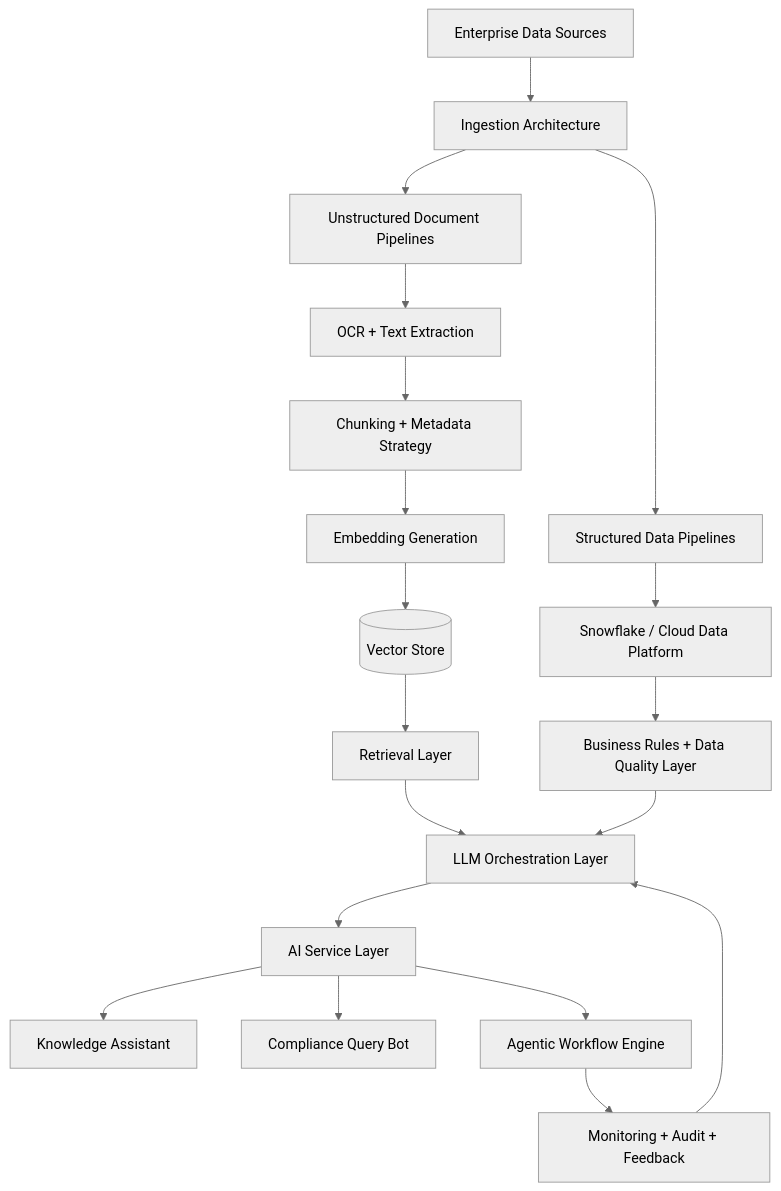
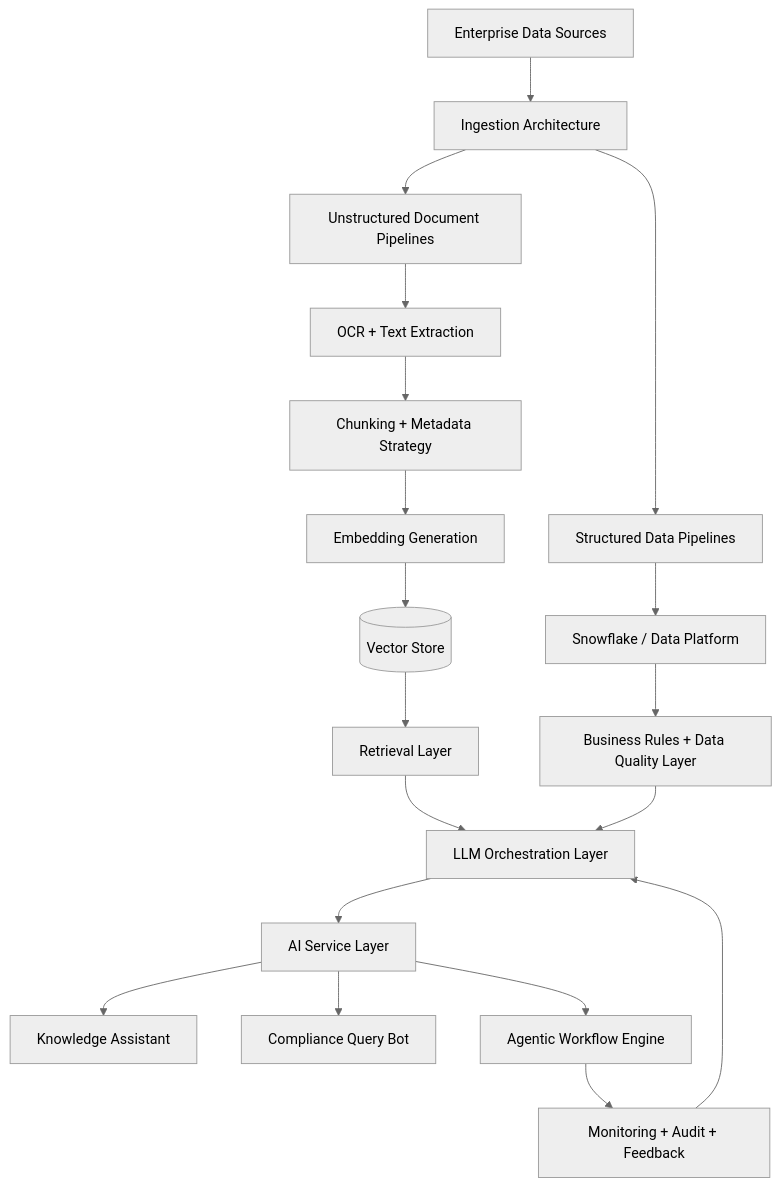
One commit to dhanumjayasaggurthi/dhanumjayasaggurthi changed the first of 4 diagrams in README.md. Above: the diagram before and after it, drawn with Mermaid (neutral theme). The commit also changed other lines of this file, not shown here.

Commit message:
Update README with new profile and architecture details

````diff
--- a/README.md
+++ b/README.md
@@ -78,29 +87,29 @@
 ```mermaid
 flowchart TD
     A[Enterprise Data Sources] --> B[Ingestion Architecture]
 
     B --> C1[Structured Data Pipelines]
     B --> C2[Unstructured Document Pipelines]
 
-    C1 --> D1[Snowflake / Cloud Data Platform]
+    C1 --> D1[Snowflake / Data Platform]
     C2 --> D2[OCR + Text Extraction]
 
     D2 --> E[Chunking + Metadata Strategy]
     E --> F[Embedding Generation]
     F --> G[(Vector Store)]
 
     D1 --> H[Business Rules + Data Quality Layer]
     G --> I[Retrieval Layer]
 
     I --> J[LLM Orchestration Layer]
     H --> J
 
     J --> K[AI Service Layer]
 
     K --> L[Knowledge Assistant]
     K --> M[Compliance Query Bot]
     K --> N[Agentic Workflow Engine]
 
     N --> O[Monitoring + Audit + Feedback]
     O --> J
 ```
````
